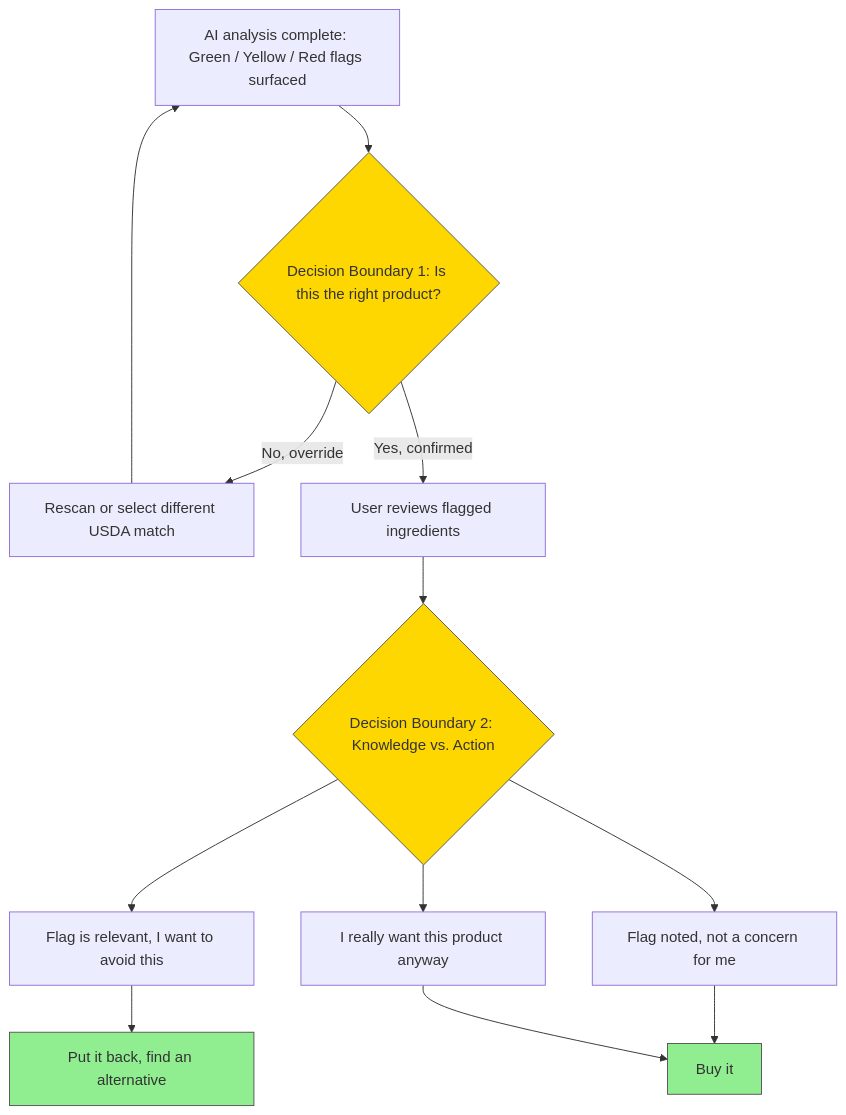
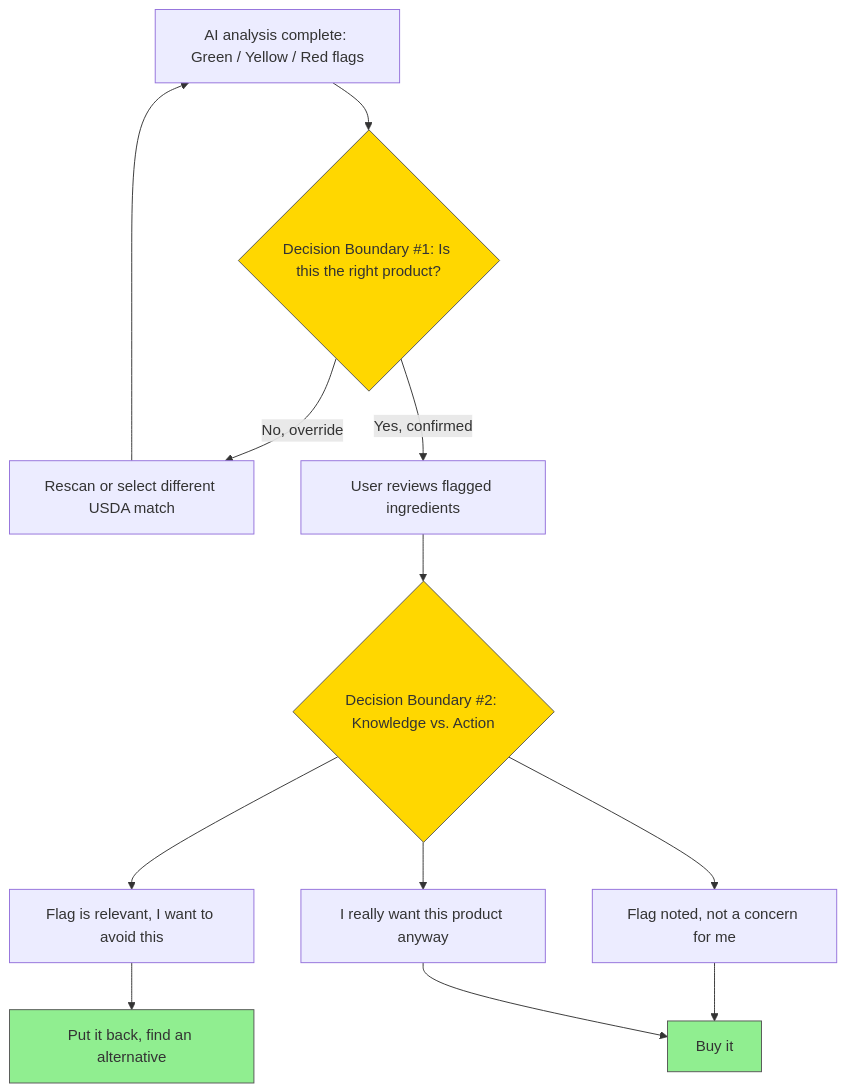
One commit to JocelynF4/Guide-to-Understanding-Ingredients changed the fourth of 4 diagrams in README.md. Above: the diagram before and after it, drawn with Mermaid. The commit also changed other lines of this file, not shown here.

````diff
--- a/README.md
+++ b/README.md
@@ -104,19 +105,19 @@
 ```mermaid
 flowchart TD
-    A[AI analysis complete: Green / Yellow / Red flags surfaced] --> B{Decision Boundary 1: Is this the right product?}
+    A[AI analysis complete: Green / Yellow / Red flags] --> B{Decision Boundary #1: Is this the right product?}
     B -->|No, override| C[Rescan or select different USDA match]
     C --> A
     B -->|Yes, confirmed| D[User reviews flagged ingredients]
-    D --> E{Decision Boundary 2: Knowledge vs. Action}
+    D --> E{Decision Boundary #2: Knowledge vs. Action}
     E --> F[Flag is relevant, I want to avoid this]
     E --> G[Flag noted, not a concern for me]
     E --> H[I really want this product anyway]
     F --> I[Put it back, find an alternative]
     G --> J[Buy it]
     H --> J
 
     style B fill:#FFD700,stroke:#555
     style E fill:#FFD700,stroke:#555
     style I fill:#90EE90,stroke:#555
     style J fill:#90EE90,stroke:#555
 ```
````
